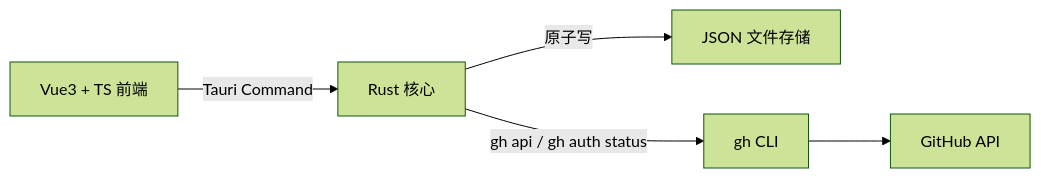
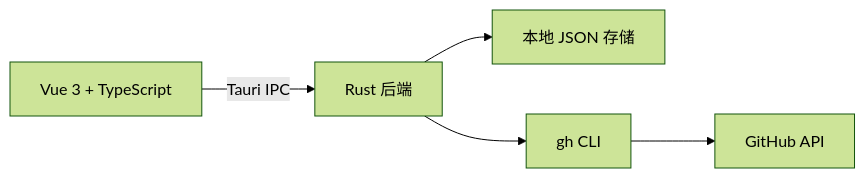
Before and after one commit to wynxing/MayDolist: the diagram in README.md, drawn with Mermaid (forest theme). The commit also changed other lines of this file and 9 other files, not shown here.

````diff
--- a/README.md
+++ b/README.md
@@ -37,7 +106,7 @@
 ```mermaid
-graph LR
-    A[Vue3 + TS 前端] -->|Tauri Command| B[Rust 核心]
-    B -->|原子写| C[JSON 文件存储]
-    B -->|gh api / gh auth status| D[gh CLI]
+flowchart LR
+    A[Vue 3 + TypeScript] -->|Tauri IPC| B[Rust 后端]
+    B --> C[本地 JSON 存储]
+    B --> D[gh CLI]
     D --> E[GitHub API]
 ```
````
